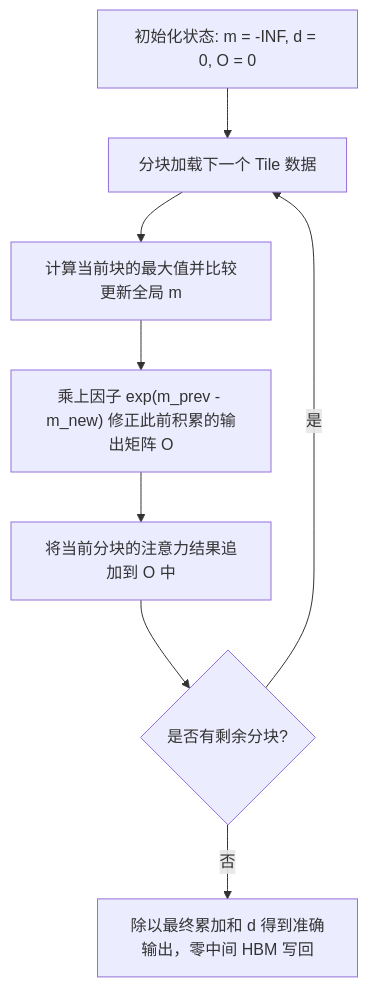
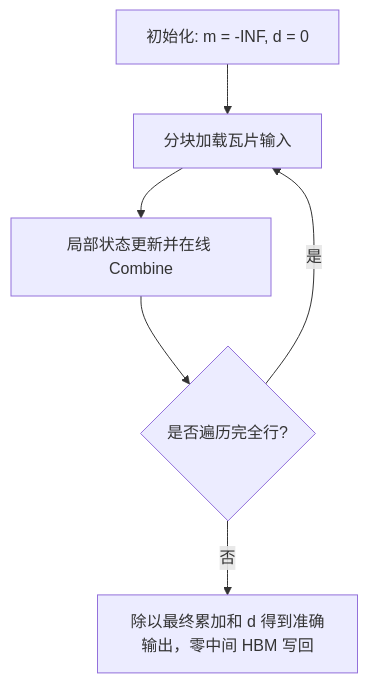
The second of 2 diagrams in cuda/lesson07_online_softmax.qmd (hsthanb4/hpclearning), drawn with Mermaid before and after one commit. The commit also changed other lines of this file and 89 other files, not shown here.

Commit message:
style(docs): relocate images and diagrams adjacent to their textual references across all lessons

````diff
--- a/cuda/lesson07_online_softmax.qmd
+++ b/cuda/lesson07_online_softmax.qmd
@@ -43,10 +58,8 @@
 ```{mermaid}
 flowchart TD
-    Init["初始化状态: m = -INF, d = 0, O = 0"] --> Load["分块加载下一个 Tile 数据"]
-    Load --> UpdateM["计算当前块的最大值并比较更新全局 m"]
-    UpdateM --> Rescale["乘上因子 exp(m_prev - m_new) 修正此前积累的输出矩阵 O"]
-    Rescale --> Acc["将当前分块的注意力结果追加到 O 中"]
-    Acc --> Check{"是否有剩余分块?"}
+    Init["初始化: m = -INF, d = 0"] --> Load["分块加载瓦片输入"]
+    Load --> Update["局部状态更新并在线 Combine"]
+    Update --> Check{"是否遍历完全行?"}
     Check -->|是| Load
     Check -->|否| Final["除以最终累加和 d 得到准确输出，零中间 HBM 写回"]
 ```
````
